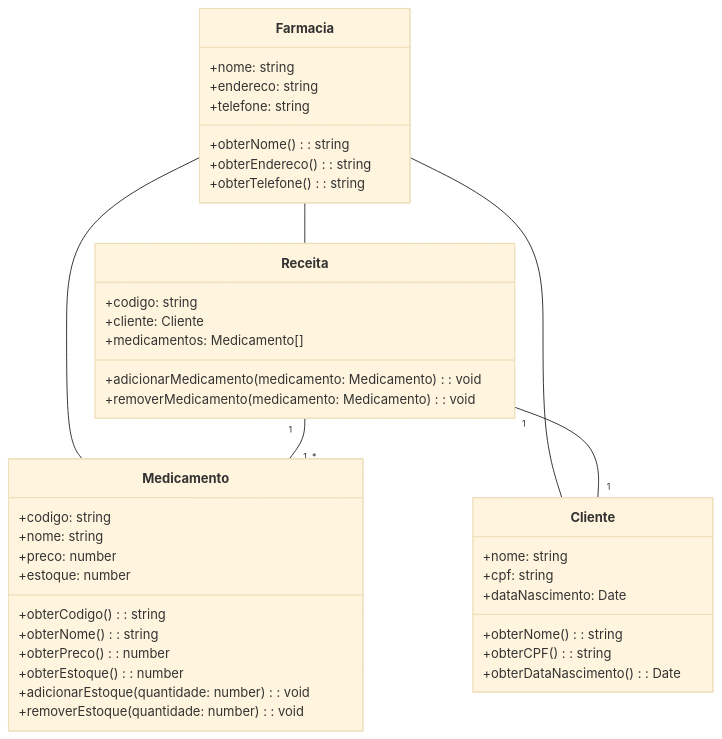
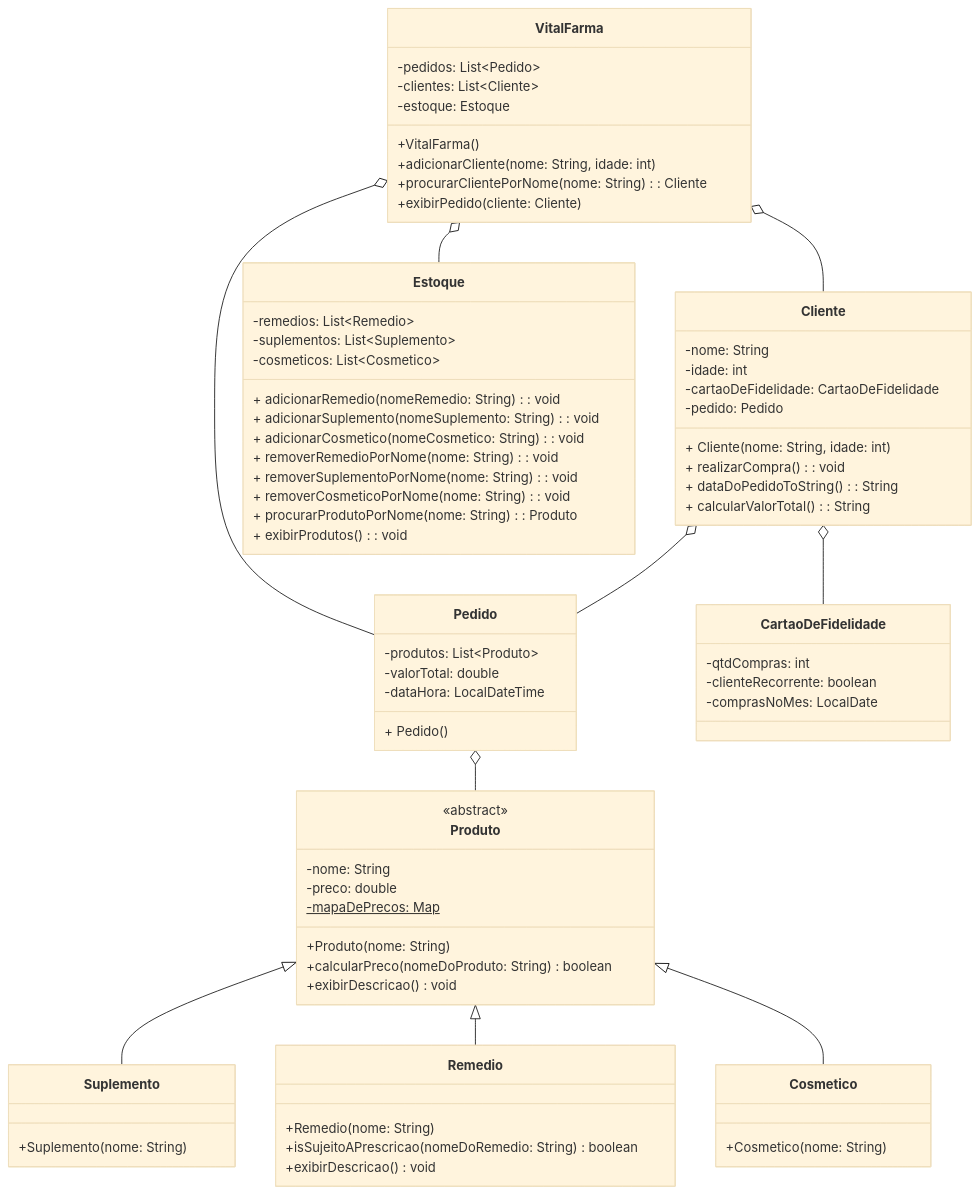
One commit to andrehsvictor/vitalfarma changed the diagram in README.md. Above: the diagram before and after it, drawn with Mermaid (base theme).

Commit message:
UML do projeto (08/06/2023)

````diff
--- a/README.md
+++ b/README.md
@@ -22,48 +22,89 @@
 title:
 ---
 classDiagram
-    class Farmacia {
-        +nome: string
-        +endereco: string
-        +telefone: string
-        +obterNome(): string
-        +obterEndereco(): string
-        +obterTelefone(): string
+    class Produto {
+        <<abstract>>
+        -nome: String
+        -preco: double
+        -mapaDePrecos: Map$
+  
+        +Produto(nome: String)
+        +calcularPreco(nomeDoProduto: String) boolean
+        +exibirDescricao() void
     }
 
-    class Medicamento {
-        +codigo: string
-        +nome: string
-        +preco: number
-        +estoque: number
-        +obterCodigo(): string
-        +obterNome(): string
-        +obterPreco(): number
-        +obterEstoque(): number
-        +adicionarEstoque(quantidade: number): void
-        +removerEstoque(quantidade: number): void
+    class Suplemento {
+        +Suplemento(nome: String)
+    }
+
+    class Remedio {
+        +Remedio(nome: String)
+        +isSujeitoAPrescricao(nomeDoRemedio: String) boolean
+        +exibirDescricao() void
+    }
+
+    class Cosmetico {
+        +Cosmetico(nome: String)
+    }
+
+    class VitalFarma {
+        -pedidos: List~Pedido~
+        -clientes: List~Cliente~
+        -estoque: Estoque
+
+        +VitalFarma()
+        +adicionarCliente(nome: String, idade: int)
+        +procurarClientePorNome(nome: String): Cliente
+        +exibirPedido(cliente: Cliente)
+    }
+
+    class Pedido {
+        -produtos: List~Produto~
+        -valorTotal: double
+        -dataHora: LocalDateTime
+        + Pedido()
     }
 
     class Cliente {
-        +nome: string
-        +cpf: string
-        +dataNascimento: Date
-        +obterNome(): string
-        +obterCPF(): string
-        +obterDataNascimento(): Date
+        -nome: String
+        -idade: int
+        -cartaoDeFidelidade: CartaoDeFidelidade
+        -pedido: Pedido
+
+        + Cliente(nome: String, idade: int)
+        + realizarCompra(): void
+        + dataDoPedidoToString(): String
+        + calcularValorTotal(): String
     }
 
-    class Receita {
-        +codigo: string
-        +cliente: Cliente
-        +medicamentos: Medicamento[]
-        +adicionarMedicamento(medicamento: Medicamento): void
-        +removerMedicamento(medicamento: Medicamento): void
+    class CartaoDeFidelidade {
+        -qtdCompras: int
+        -clienteRecorrente: boolean
+        -comprasNoMes: LocalDate
     }
 
-    Farmacia -- Medicamento
-    Farmacia -- Cliente
-    Farmacia -- Receita
-    Receita "1" -- "1..*" Medicamento
-    Receita "1" -- "1" Cliente 
+    class Estoque {
+        -remedios: List~Remedio~
+        -suplementos: List~Suplemento~
+        -cosmeticos: List~Cosmetico~
+
+        + adicionarRemedio(nomeRemedio: String): void
+        + adicionarSuplemento(nomeSuplemento: String): void
+        + adicionarCosmetico(nomeCosmetico: String): void
+        + removerRemedioPorNome(nome: String): void
+        + removerSuplementoPorNome(nome: String): void
+        + removerCosmeticoPorNome(nome: String): void
+        + procurarProdutoPorNome(nome: String): Produto
+        + exibirProdutos(): void
+    }
+    
+    VitalFarma o-- Estoque
+    VitalFarma o-- Pedido
+    VitalFarma o-- Cliente
+    Pedido o-- Produto
+    Cliente o-- CartaoDeFidelidade
+    Cliente o-- Pedido
+    Produto <|-- Suplemento
+    Produto <|-- Remedio
+    Produto <|-- Cosmetico
 ```
````
